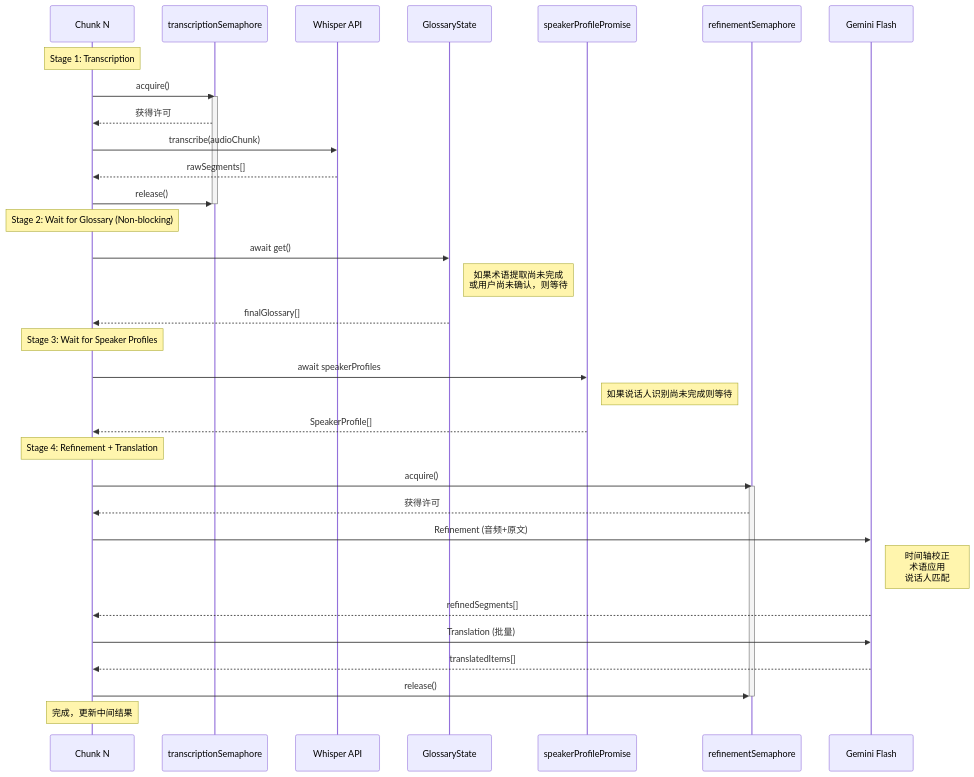
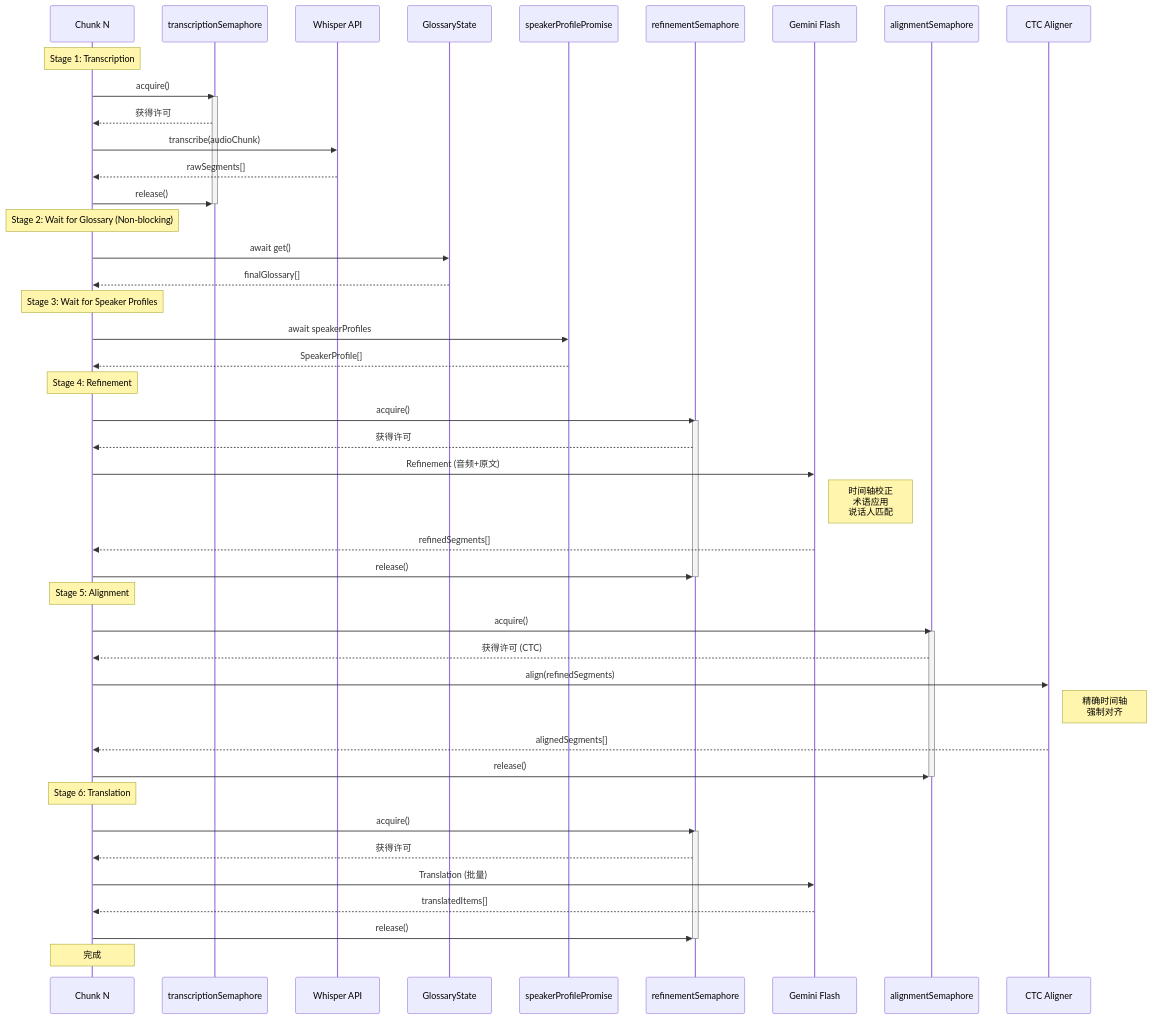
Before and after one commit to corvo007/Gemini-Subtitle-Pro: the sixth of 15 diagrams in docs/ARCHITECTURE_zh.md, drawn with Mermaid. The commit also changed other lines of this file and 3 other files, not shown here.

First line of the commit message:
docs: update architecture with reconciler and CTC aligner

````diff
--- a/docs/ARCHITECTURE_zh.md
+++ b/docs/ARCHITECTURE_zh.md
@@ -557,46 +570,60 @@
 ```mermaid
 sequenceDiagram
     participant Chunk as Chunk N
     participant TSem as transcriptionSemaphore
     participant Whisper as Whisper API
     participant GState as GlossaryState
     participant SProm as speakerProfilePromise
     participant RSem as refinementSemaphore
     participant Gemini as Gemini Flash
+    participant ASem as alignmentSemaphore
+    participant Aligner as CTC Aligner
 
     Note over Chunk: Stage 1: Transcription
     Chunk->>TSem: acquire()
     activate TSem
     TSem-->>Chunk: 获得许可
     Chunk->>Whisper: transcribe(audioChunk)
     Whisper-->>Chunk: rawSegments[]
     Chunk->>TSem: release()
     deactivate TSem
 
     Note over Chunk: Stage 2: Wait for Glossary (Non-blocking)
     Chunk->>GState: await get()
-    Note right of GState: 如果术语提取尚未完成<br/>或用户尚未确认，则等待
     GState-->>Chunk: finalGlossary[]
 
     Note over Chunk: Stage 3: Wait for Speaker Profiles
     Chunk->>SProm: await speakerProfiles
-    Note right of SProm: 如果说话人识别尚未完成则等待
     SProm-->>Chunk: SpeakerProfile[]
 
-    Note over Chunk: Stage 4: Refinement + Translation
+    Note over Chunk: Stage 4: Refinement
     Chunk->>RSem: acquire()
     activate RSem
     RSem-->>Chunk: 获得许可
-
     Chunk->>Gemini: Refinement (音频+原文)
     Note right of Gemini: 时间轴校正<br/>术语应用<br/>说话人匹配
     Gemini-->>Chunk: refinedSegments[]
-
-    Chunk->>Gemini: Translation (批量)
-    Gemini-->>Chunk: translatedItems[]
-
     Chunk->>RSem: release()
     deactivate RSem
 
-    Note over Chunk: 完成，更新中间结果
+    Note over Chunk: Stage 5: Alignment
+    Chunk->>ASem: acquire()
+    activate ASem
+    ASem-->>Chunk: 获得许可 (CTC)
+    Chunk->>Aligner: align(refinedSegments)
+    Note right of Aligner: 精确时间轴<br/>强制对齐
+    Aligner-->>Chunk: alignedSegments[]
+    Chunk->>ASem: release()
+    deactivate ASem
+
+    Note over Chunk: Stage 6: Translation
+    Chunk->>RSem: acquire()
+    activate RSem
+    RSem-->>Chunk: 获得许可
+    Chunk->>Gemini: Translation (批量)
+    Gemini-->>Chunk: translatedItems[]
+    Chunk->>RSem: release()
+    deactivate RSem
+
+    Note over Chunk: 完成
 ```
````
